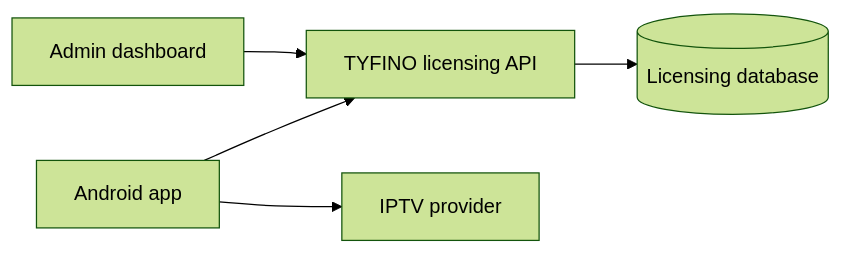
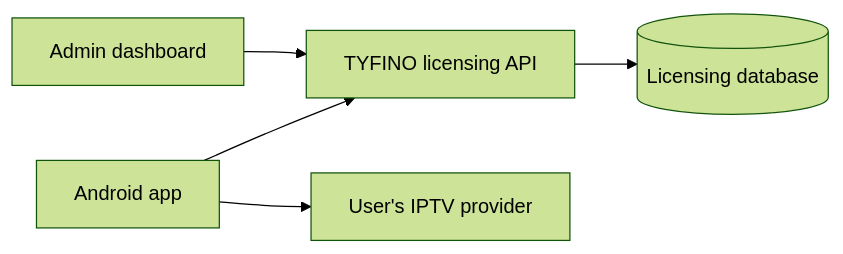
The diagram in docs/architecture.md (n923760-rgb/tyfino-platform), drawn with Mermaid (forest theme) before and after one commit. The commit also changed other lines of this file and 3 other files, not shown here.

First line of the commit message:
Approve TYFINO architecture baseline v3.1 (#80)

````diff
--- a/docs/architecture.md
+++ b/docs/architecture.md
@@ -10,7 +38,7 @@
 ```mermaid
 flowchart LR
-  App[Android app] --> License[TYFINO licensing API]
-  App --> Provider[IPTV provider]
-  Admin[Admin dashboard] --> License
-  License --> DB[(Licensing database)]
+  Android[Android app] --> Licensing[TYFINO licensing API]
+  Android --> Provider[User's IPTV provider]
+  Admin[Admin dashboard] --> Licensing
+  Licensing --> DB[(Licensing database)]
 ```
````
